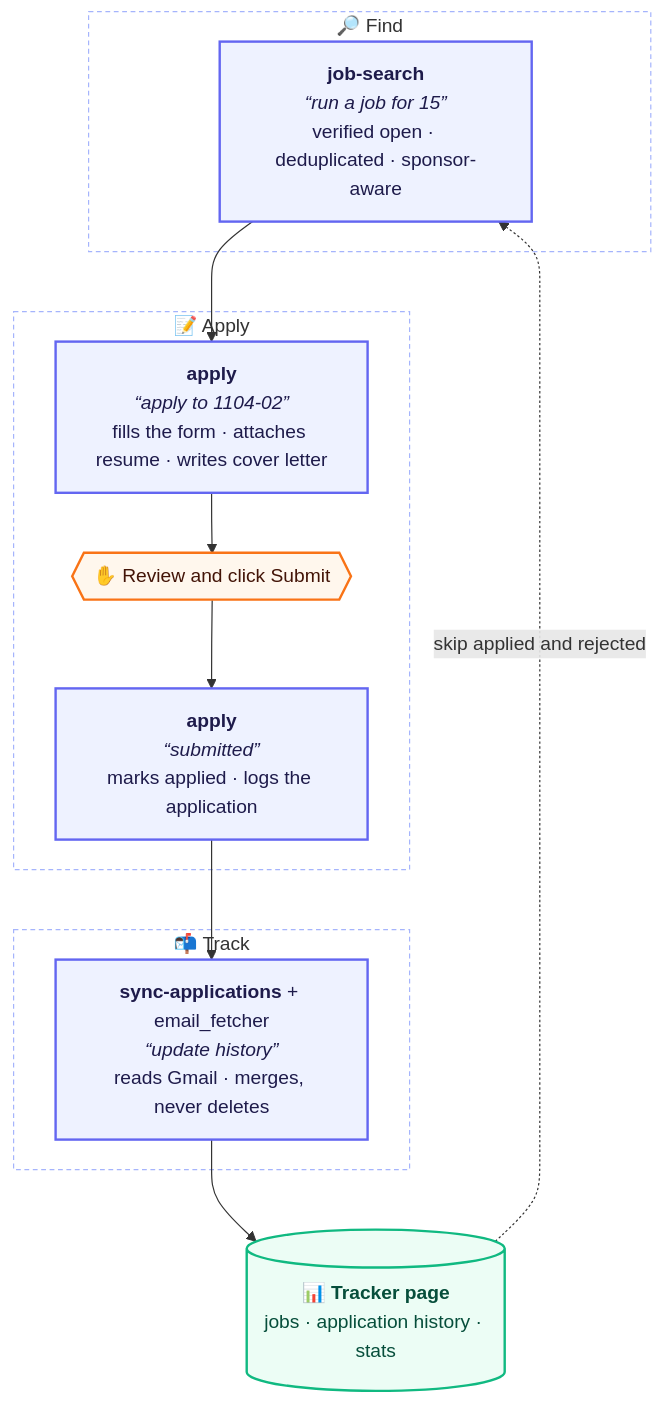
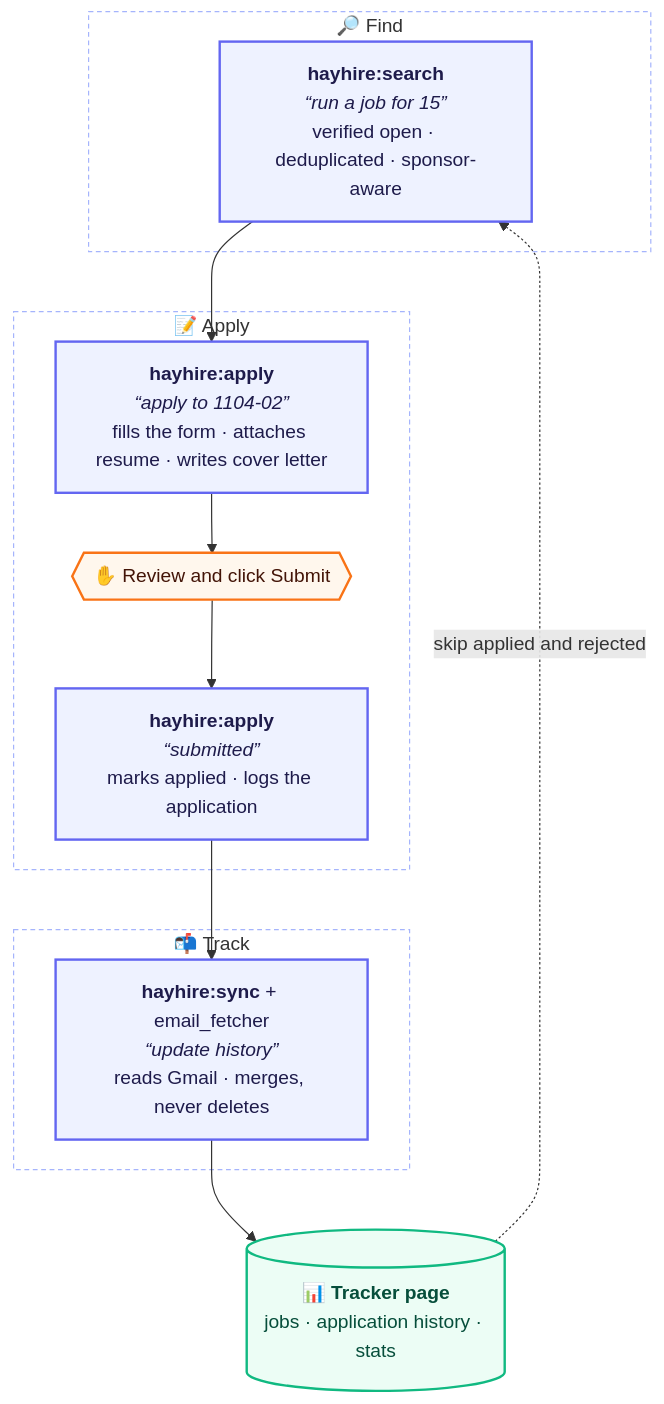
Before and after one commit to Ari-Da/hayhire-agent: the diagram in README.md, drawn with Mermaid. The commit also changed other lines of this file and 23 other files, not shown here.

````diff
--- a/README.md
+++ b/README.md
@@ -62,28 +62,28 @@
 ```mermaid
 flowchart TB
     subgraph FIND["🔎 Find"]
-        A["<b>job-search</b><br/><i>“run a job for 15”</i><br/>verified open · deduplicated · sponsor-aware"]
+        A["<b>hayhire:search</b><br/><i>“run a job for 15”</i><br/>verified open · deduplicated · sponsor-aware"]
     end
     subgraph APPLY["📝 Apply"]
-        B["<b>apply</b><br/><i>“apply to 1104-02”</i><br/>fills the form · attaches resume · writes cover letter"]
+        B["<b>hayhire:apply</b><br/><i>“apply to 1104-02”</i><br/>fills the form · attaches resume · writes cover letter"]
         C{{"✋ Review and click Submit"}}
-        D["<b>apply</b><br/><i>“submitted”</i><br/>marks applied · logs the application"]
+        D["<b>hayhire:apply</b><br/><i>“submitted”</i><br/>marks applied · logs the application"]
     end
     subgraph TRACK["📬 Track"]
-        E["<b>sync-applications</b> + email_fetcher<br/><i>“update history”</i><br/>reads Gmail · merges, never deletes"]
+        E["<b>hayhire:sync</b> + email_fetcher<br/><i>“update history”</i><br/>reads Gmail · merges, never deletes"]
     end
     T[("📊 <b>Tracker page</b><br/>jobs · application history · stats")]
 
     A --> B --> C --> D --> E --> T
     T -. "skip applied and rejected" .-> A
 
     classDef skill fill:#eef2ff,stroke:#6366f1,stroke-width:2px,color:#1e1b4b
     classDef human fill:#fff7ed,stroke:#f97316,stroke-width:2px,color:#431407
     classDef store fill:#ecfdf5,stroke:#10b981,stroke-width:2px,color:#064e3b
     class A,B,D,E skill
     class C human
     class T store
     style FIND fill:none,stroke:#a5b4fc,stroke-dasharray:4 3
     style APPLY fill:none,stroke:#a5b4fc,stroke-dasharray:4 3
     style TRACK fill:none,stroke:#a5b4fc,stroke-dasharray:4 3
 ```
````
